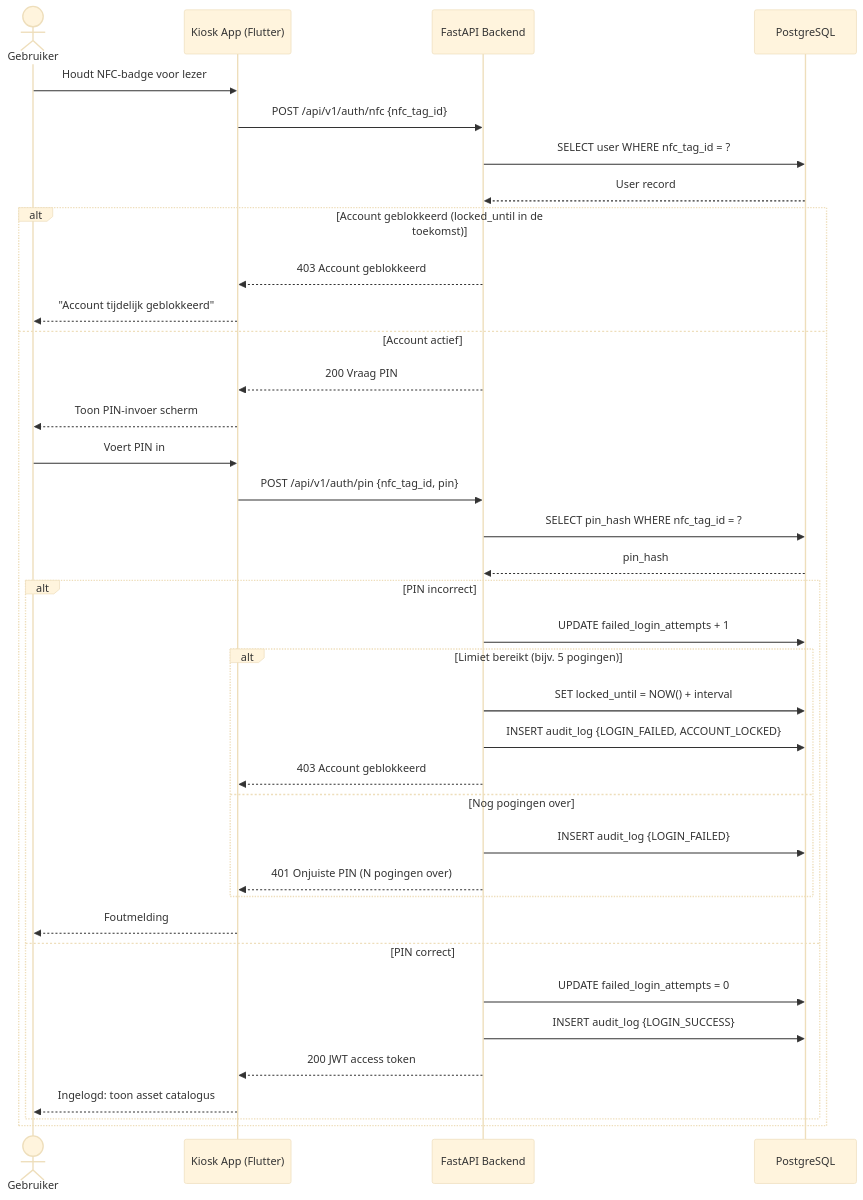
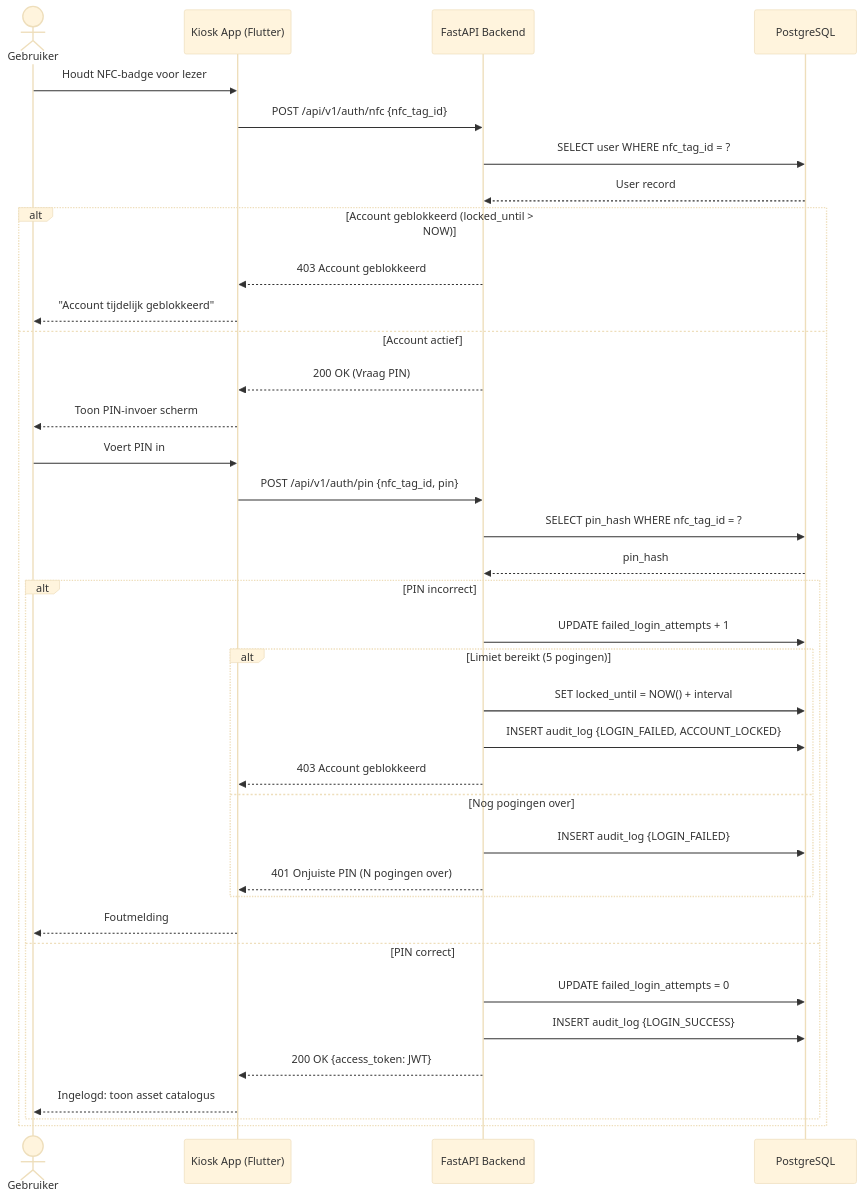
The first of 4 diagrams in docs/workflows.md (easylend-practice-enterprise/easylend), drawn with Mermaid (base theme) before and after one commit. The commit also changed other lines of this file and 4 other files, not shown here.

Commit message:
docs: align architecture.md logical topology with REST polling strategy

````diff
--- a/docs/workflows.md
+++ b/docs/workflows.md
@@ -19,42 +19,43 @@
 ```mermaid
 sequenceDiagram
     actor User as Gebruiker
     participant App as Kiosk App (Flutter)
     participant API as FastAPI Backend
     participant DB as PostgreSQL
 
     User->>App: Houdt NFC-badge voor lezer
     App->>API: POST /api/v1/auth/nfc {nfc_tag_id}
     API->>DB: SELECT user WHERE nfc_tag_id = ?
     DB-->>API: User record
 
-    alt Account geblokkeerd (locked_until in de toekomst)
+    alt Account geblokkeerd (locked_until > NOW)
         API-->>App: 403 Account geblokkeerd
         App-->>User: "Account tijdelijk geblokkeerd"
     else Account actief
-        API-->>App: 200 Vraag PIN
+        API-->>App: 200 OK (Vraag PIN)
         App-->>User: Toon PIN-invoer scherm
         User->>App: Voert PIN in
         App->>API: POST /api/v1/auth/pin {nfc_tag_id, pin}
         API->>DB: SELECT pin_hash WHERE nfc_tag_id = ?
         DB-->>API: pin_hash
 
         alt PIN incorrect
             API->>DB: UPDATE failed_login_attempts + 1
-            alt Limiet bereikt (bijv. 5 pogingen)
+            alt Limiet bereikt (5 pogingen)
                 API->>DB: SET locked_until = NOW() + interval
                 API->>DB: INSERT audit_log {LOGIN_FAILED, ACCOUNT_LOCKED}
                 API-->>App: 403 Account geblokkeerd
             else Nog pogingen over
                 API->>DB: INSERT audit_log {LOGIN_FAILED}
                 API-->>App: 401 Onjuiste PIN (N pogingen over)
             end
             App-->>User: Foutmelding
         else PIN correct
             API->>DB: UPDATE failed_login_attempts = 0
             API->>DB: INSERT audit_log {LOGIN_SUCCESS}
-            API-->>App: 200 JWT access token
+            API-->>App: 200 OK {access_token: JWT}
             App-->>User: Ingelogd: toon asset catalogus
         end
     end
+
 ```
````
